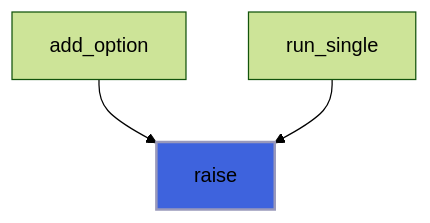
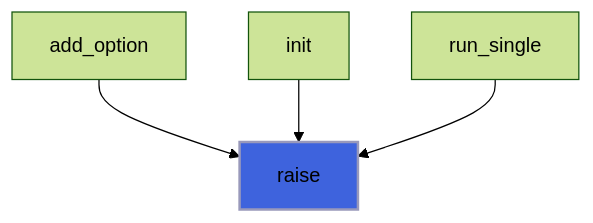
One commit to szaghi/FLAP changed the seventh of 8 diagrams in docs/api/src/lib/flap_menu_t.md. Above: the diagram before and after it, drawn with Mermaid (forest theme). The commit also changed other lines of this file and 6 other files, not shown here.

````diff
--- a/docs/api/src/lib/flap_menu_t.md
+++ b/docs/api/src/lib/flap_menu_t.md
@@ -244,6 +287,7 @@
 ```mermaid
 flowchart TD
   add_option["add_option"] --> raise["raise"]
+  init["init"] --> raise["raise"]
   run_single["run_single"] --> raise["raise"]
   style raise fill:#3e63dd,stroke:#99b,stroke-width:2px
 ```
````
